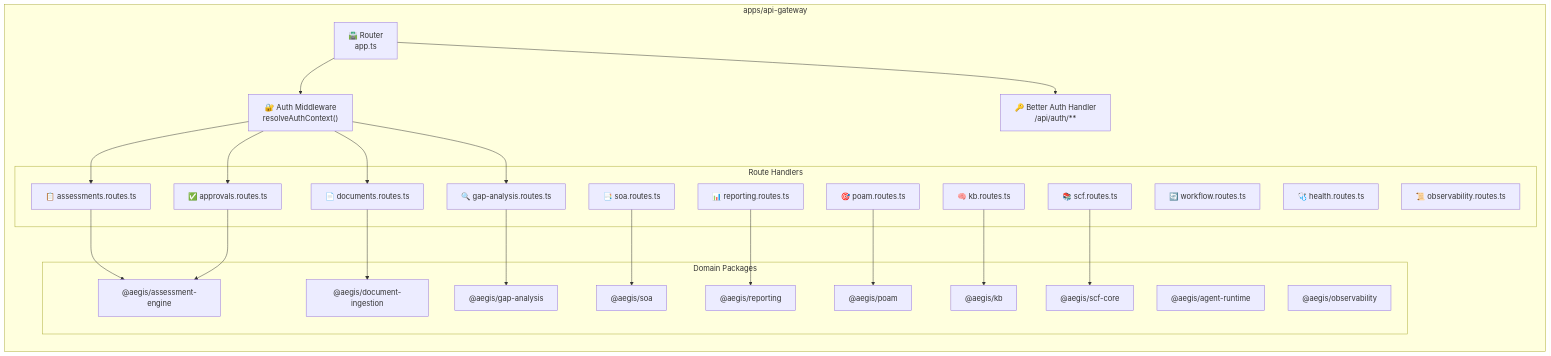
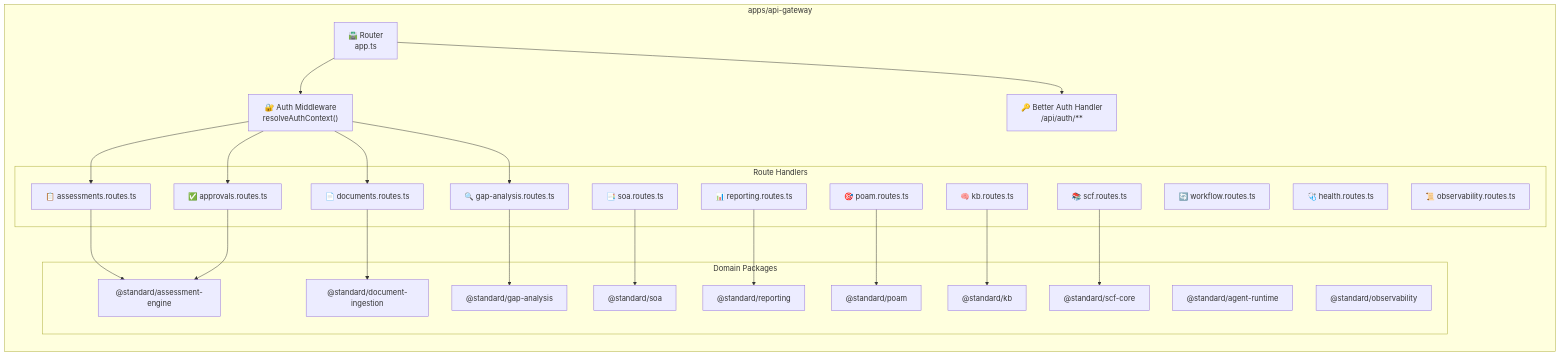
One commit to resper1965/standard-api changed the third of 6 diagrams in _reversa_sdd/03-arquitetura-c4.md. Above: the diagram before and after it, drawn with Mermaid. The commit also changed other lines of this file and 361 other files, not shown here.

First line of the commit message:
chore: stabilize working tree — rebrand to Standard, auth refactoring, agent runtime tools, SCF catalog updates, security hardening, new docs and migrations

````diff
--- a/_reversa_sdd/03-arquitetura-c4.md
+++ b/_reversa_sdd/03-arquitetura-c4.md
@@ -85,53 +85,53 @@
 ```mermaid
 graph TB
     subgraph "apps/api-gateway"
         direction TB
         Router["🛣️ Router<br/>app.ts"]
         AuthMW["🔐 Auth Middleware<br/>resolveAuthContext()"]
         BetterAuth["🔑 Better Auth Handler<br/>/api/auth/**"]
 
         subgraph "Route Handlers"
             AssessmentR["📋 assessments.routes.ts"]
             DocumentR["📄 documents.routes.ts"]
             GapR["🔍 gap-analysis.routes.ts"]
             SoaR["📑 soa.routes.ts"]
             ApprovalR["✅ approvals.routes.ts"]
             ReportR["📊 reporting.routes.ts"]
             PoamR["🎯 poam.routes.ts"]
             KBR["🧠 kb.routes.ts"]
             ScfR["📚 scf.routes.ts"]
             WorkflowR["🔄 workflow.routes.ts"]
             HealthR["🩺 health.routes.ts"]
             ObsR["📜 observability.routes.ts"]
         end
 
         subgraph "Domain Packages"
-            AE["@aegis/assessment-engine"]
-            DI["@aegis/document-ingestion"]
-            GA["@aegis/gap-analysis"]
-            SOA["@aegis/soa"]
-            POAM["@aegis/poam"]
-            REP["@aegis/reporting"]
-            KB["@aegis/kb"]
-            SCF["@aegis/scf-core"]
-            AR["@aegis/agent-runtime"]
-            OBS["@aegis/observability"]
+            AE["@standard/assessment-engine"]
+            DI["@standard/document-ingestion"]
+            GA["@standard/gap-analysis"]
+            SOA["@standard/soa"]
+            POAM["@standard/poam"]
+            REP["@standard/reporting"]
+            KB["@standard/kb"]
+            SCF["@standard/scf-core"]
+            AR["@standard/agent-runtime"]
+            OBS["@standard/observability"]
         end
     end
 
     Router --> AuthMW
     Router --> BetterAuth
     AuthMW --> AssessmentR
     AuthMW --> DocumentR
     AuthMW --> GapR
     AuthMW --> ApprovalR
     AssessmentR --> AE
     DocumentR --> DI
     GapR --> GA
     SoaR --> SOA
     ApprovalR --> AE
     ReportR --> REP
     PoamR --> POAM
     KBR --> KB
     ScfR --> SCF
 ```
````
